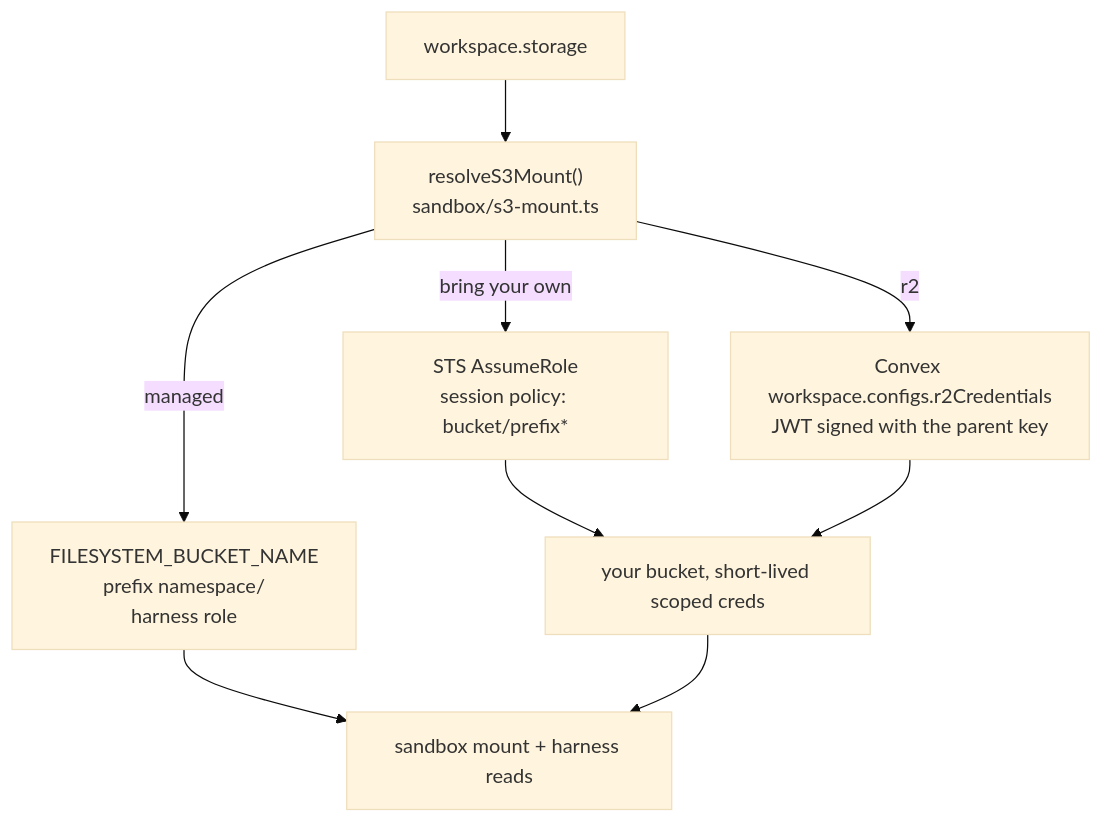
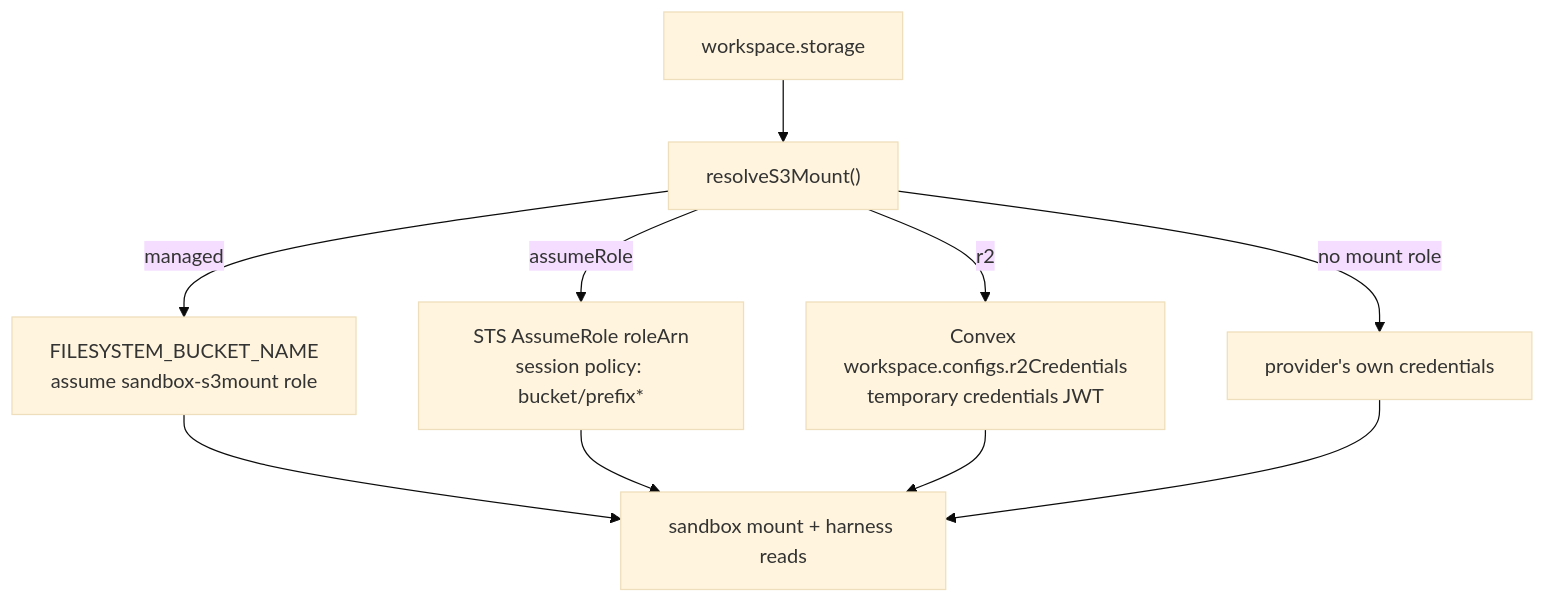
The fourth of 8 diagrams in apps/docs/docs/internals/storage.md (beeblastco/broods), drawn with Mermaid (base theme) before and after one commit. The commit also changed other lines of this file and 13 other files, not shown here.

First line of the commit message:
docs(internals): diagram-first rewrite of the remaining internals pages

````diff
--- a/apps/docs/docs/internals/storage.md
+++ b/apps/docs/docs/internals/storage.md
@@ -62,11 +73,12 @@
 ```mermaid
 flowchart TD
-  Storage["workspace.storage"] --> Resolve["resolveS3Mount()<br/>sandbox/s3-mount.ts"]
-  Resolve -->|"managed"| Managed["FILESYSTEM_BUCKET_NAME<br/>prefix namespace/<br/>harness role"]
-  Resolve -->|"bring your own"| STS["STS AssumeRole<br/>session policy: bucket/prefix*"]
-  Resolve -->|"r2"| Mint["Convex workspace.configs.r2Credentials<br/>JWT signed with the parent key"]
-  STS --> Byo["your bucket, short-lived scoped creds"]
-  Mint --> Byo
-  Managed --> Mount["sandbox mount + harness reads"]
-  Byo --> Mount
+  Storage["workspace.storage"] --> Resolve["resolveS3Mount()"]
+  Resolve -->|"managed"| Managed["FILESYSTEM_BUCKET_NAME<br/>assume sandbox-s3mount role"]
+  Resolve -->|"assumeRole"| STS["STS AssumeRole roleArn<br/>session policy: bucket/prefix*"]
+  Resolve -->|"r2"| Mint["Convex workspace.configs.r2Credentials<br/>temporary credentials JWT"]
+  Resolve -->|"no mount role"| Prov["provider's own credentials"]
+  Managed --> Use["sandbox mount + harness reads"]
+  STS --> Use
+  Mint --> Use
+  Prov --> Use
 ```
````
